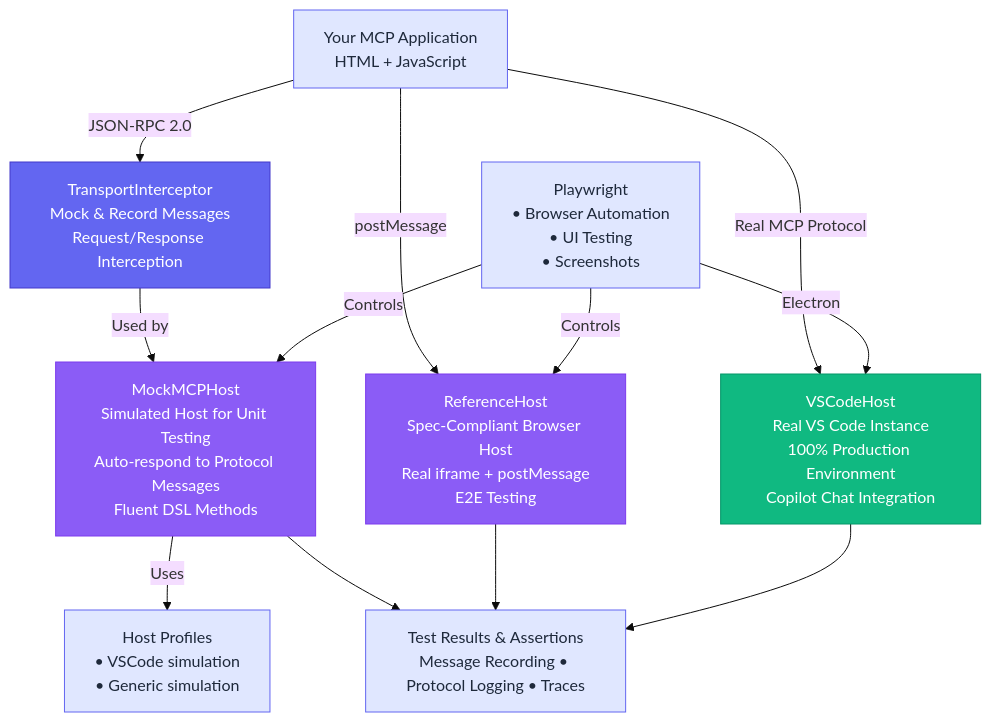
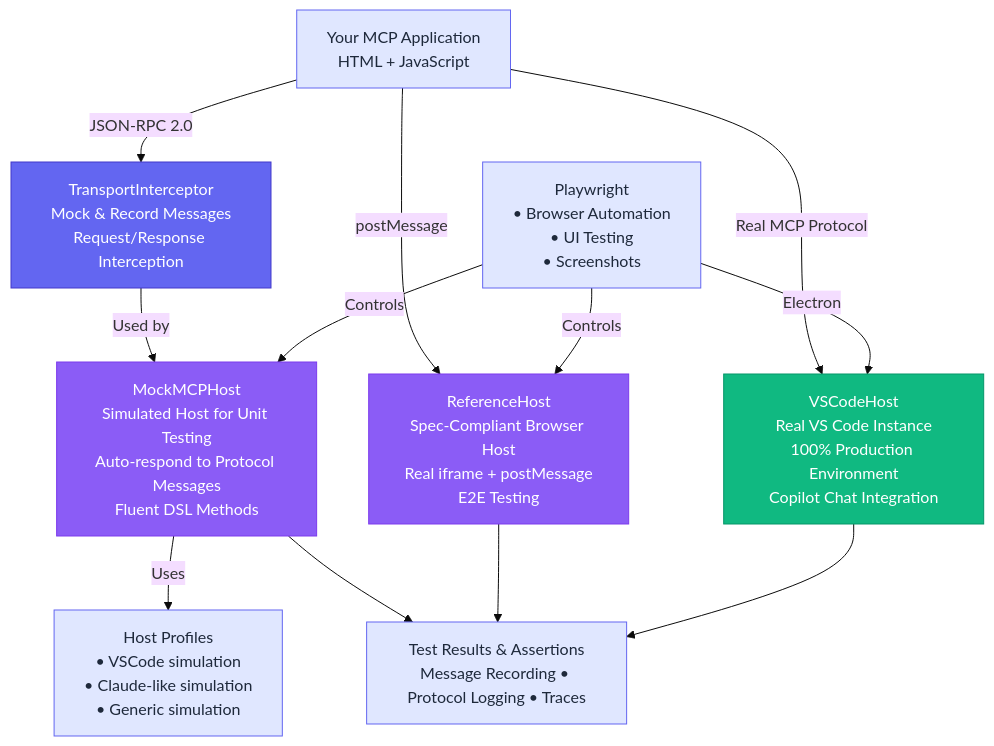
One commit to aviveldan/mcp-apps-testing changed the diagram in README.md. Above: the diagram before and after it, drawn with Mermaid (base theme). The commit also changed other lines of this file and 1 other file, not shown here.

Commit message:
Fix code review issues: clarify Claude profile inclusion and fix comment header

````diff
--- a/README.md
+++ b/README.md
@@ -118,33 +119,33 @@
 ```mermaid
 graph TD
     App[Your MCP Application<br/>HTML + JavaScript]
     PW[Playwright<br/>• Browser Automation<br/>• UI Testing<br/>• Screenshots]
     
     App -->|JSON-RPC 2.0| TI[TransportInterceptor<br/>Mock & Record Messages<br/>Request/Response Interception]
     
     TI -->|Used by| Mock[MockMCPHost<br/>Simulated Host for Unit Testing<br/>Auto-respond to Protocol Messages<br/>Fluent DSL Methods]
     
     PW -->|Controls| Mock
-    Mock -->|Uses| Profiles[Host Profiles<br/>• VSCode simulation<br/>• Generic simulation]
+    Mock -->|Uses| Profiles[Host Profiles<br/>• VSCode simulation<br/>• Claude-like simulation<br/>• Generic simulation]
     
     App -->|postMessage| Ref[ReferenceHost<br/>Spec-Compliant Browser Host<br/>Real iframe + postMessage<br/>E2E Testing]
     
     PW -->|Controls| Ref
     
     App -->|Real MCP Protocol| VSC[VSCodeHost<br/>Real VS Code Instance<br/>100% Production Environment<br/>Copilot Chat Integration]
     
     PW -->|Electron| VSC
     
     Mock --> Results[Test Results & Assertions<br/>Message Recording • Protocol Logging • Traces]
     Ref --> Results
     VSC --> Results
     
     style App fill:#e0e7ff,stroke:#6366f1,color:#1e293b
     style TI fill:#6366f1,stroke:#4338ca,color:#fff
     style Mock fill:#8b5cf6,stroke:#7c3aed,color:#fff
     style Ref fill:#8b5cf6,stroke:#7c3aed,color:#fff
     style VSC fill:#10b981,stroke:#059669,color:#fff
     style Profiles fill:#e0e7ff,stroke:#6366f1,color:#1e293b
     style PW fill:#e0e7ff,stroke:#6366f1,color:#1e293b
     style Results fill:#e0e7ff,stroke:#6366f1,color:#1e293b
 ```
````
